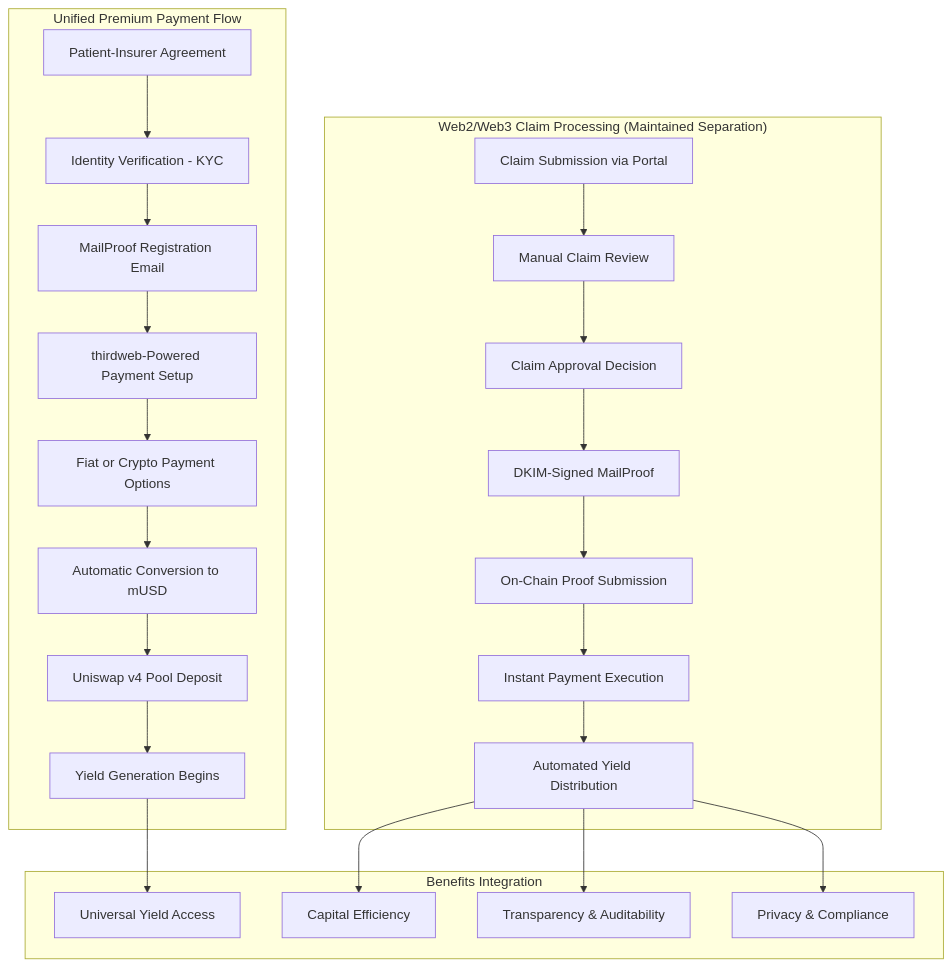
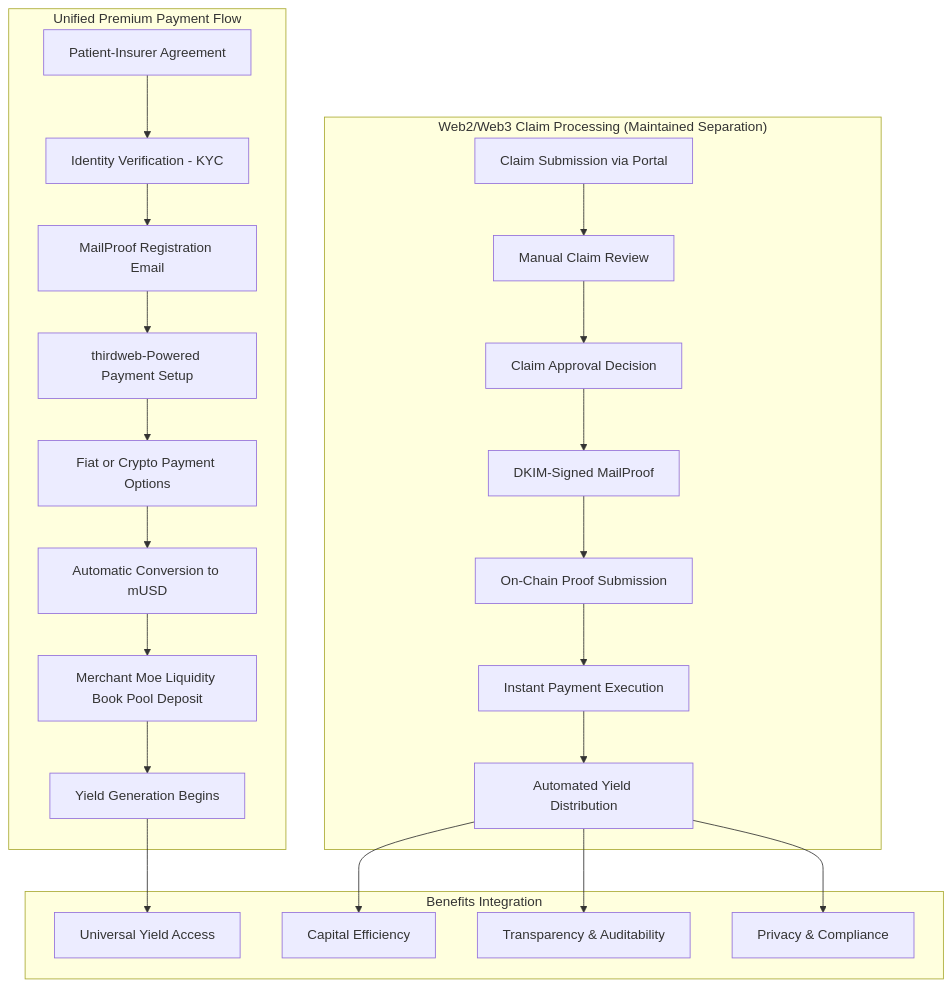
Before and after one commit to ppezzull/zkMed: the first of 4 diagrams in memory-bank/activeContext.md, drawn with Mermaid. The commit also changed other lines of this file and 3 other files, not shown here.

````diff
--- a/memory-bank/activeContext.md
+++ b/memory-bank/activeContext.md
@@ -26,28 +46,28 @@
 ```mermaid
 graph TB
     subgraph "Unified Premium Payment Flow"
         A[Patient-Insurer Agreement] --> B[Identity Verification - KYC]
         B --> C[MailProof Registration Email]
         C --> D[thirdweb-Powered Payment Setup]
         D --> E[Fiat or Crypto Payment Options]
         E --> F[Automatic Conversion to mUSD]
-        F --> G[Uniswap v4 Pool Deposit]
+        F --> G[Merchant Moe Liquidity Book Pool Deposit]
         G --> H[Yield Generation Begins]
     end
     
     subgraph "Web2/Web3 Claim Processing (Maintained Separation)"
         I[Claim Submission via Portal] --> J[Manual Claim Review]
         J --> K[Claim Approval Decision]
         K --> L[DKIM-Signed MailProof]
         L --> M[On-Chain Proof Submission]
         M --> N[Instant Payment Execution]
         N --> O[Automated Yield Distribution]
     end
     
     subgraph "Benefits Integration"
         H --> P[Universal Yield Access]
         O --> Q[Capital Efficiency]
         O --> R[Transparency & Auditability]
         O --> S[Privacy & Compliance]
     end
 ```
````
